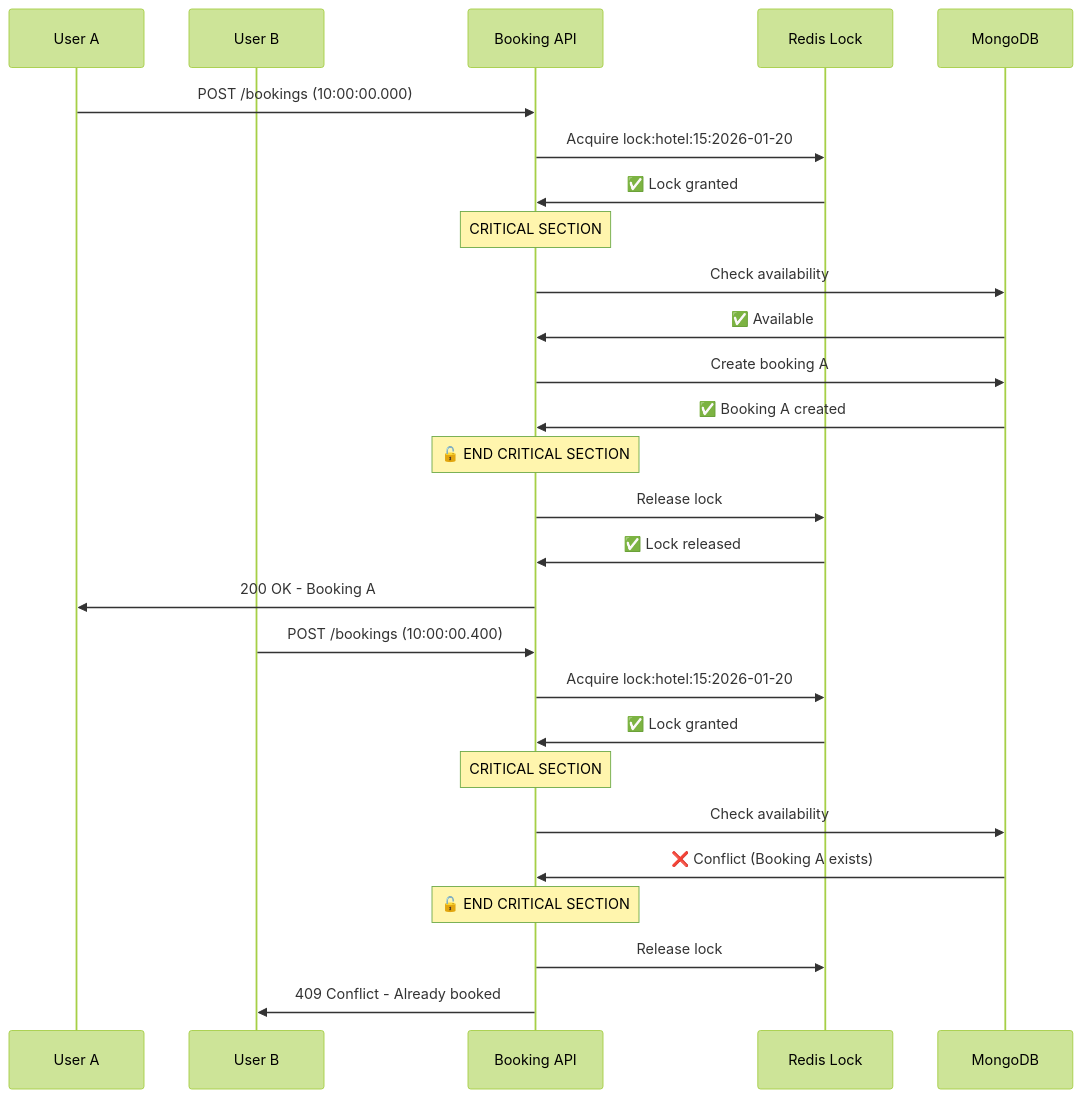
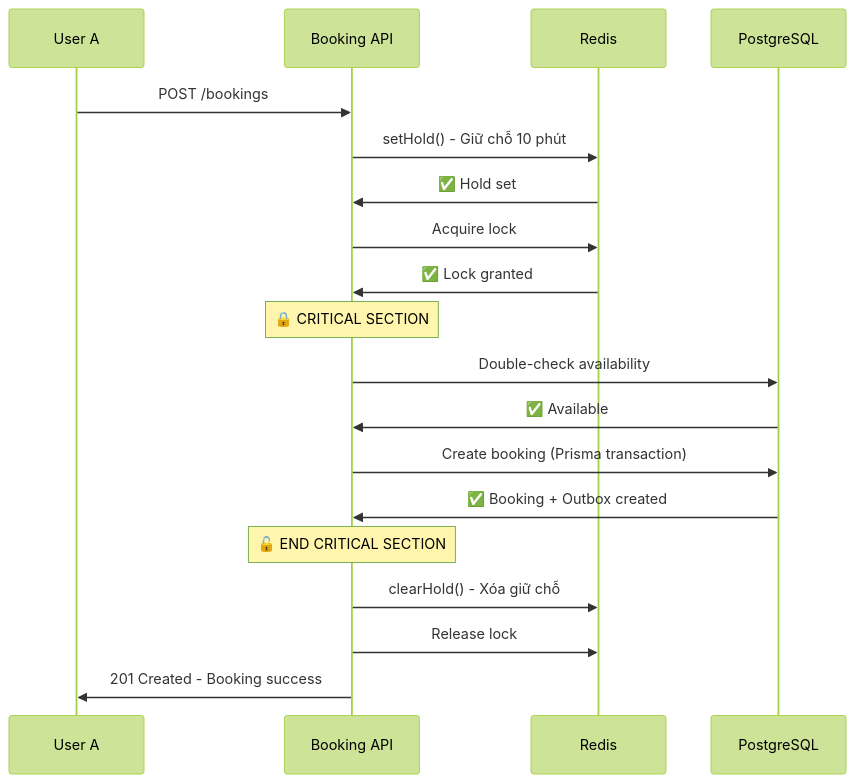
Before and after one commit to khadonnn/stazy_travel: the second of 4 diagrams in infomation_md/REDIS_LOCK_OVERBOOKING.md, drawn with Mermaid (forest theme). The commit also changed other lines of this file and 5 other files, not shown here.

````diff
--- a/infomation_md/REDIS_LOCK_OVERBOOKING.md
+++ b/infomation_md/REDIS_LOCK_OVERBOOKING.md
@@ -359,35 +470,25 @@
 ```mermaid
 sequenceDiagram
     participant U1 as User A
-    participant U2 as User B
     participant API as Booking API
-    participant Redis as Redis Lock
-    participant DB as MongoDB
+    participant Redis as Redis
+    participant DB as PostgreSQL
 
-    U1->>API: POST /bookings (10:00:00.000)
-    API->>Redis: Acquire lock:hotel:15:2026-01-20
+    U1->>API: POST /bookings
+    API->>Redis: setHold() - Giữ chỗ 10 phút
+    Redis->>API: ✅ Hold set
+
+    API->>Redis: Acquire lock
     Redis->>API: ✅ Lock granted
 
-    Note over API:  CRITICAL SECTION
-    API->>DB: Check availability
+    Note over API: 🔒 CRITICAL SECTION
+    API->>DB: Double-check availability
     DB->>API: ✅ Available
-    API->>DB: Create booking A
-    DB->>API: ✅ Booking A created
+    API->>DB: Create booking (Prisma transaction)
+    DB->>API: ✅ Booking + Outbox created
     Note over API: 🔓 END CRITICAL SECTION
 
+    API->>Redis: clearHold() - Xóa giữ chỗ
     API->>Redis: Release lock
-    Redis->>API: ✅ Lock released
-    API->>U1: 200 OK - Booking A
-
-    U2->>API: POST /bookings (10:00:00.400)
-    API->>Redis: Acquire lock:hotel:15:2026-01-20
-    Redis->>API: ✅ Lock granted
-
-    Note over API:  CRITICAL SECTION
-    API->>DB: Check availability
-    DB->>API: ❌ Conflict (Booking A exists)
-    Note over API: 🔓 END CRITICAL SECTION
-
-    API->>Redis: Release lock
-    API->>U2: 409 Conflict - Already booked
+    API->>U1: 201 Created - Booking success
 ```
````
